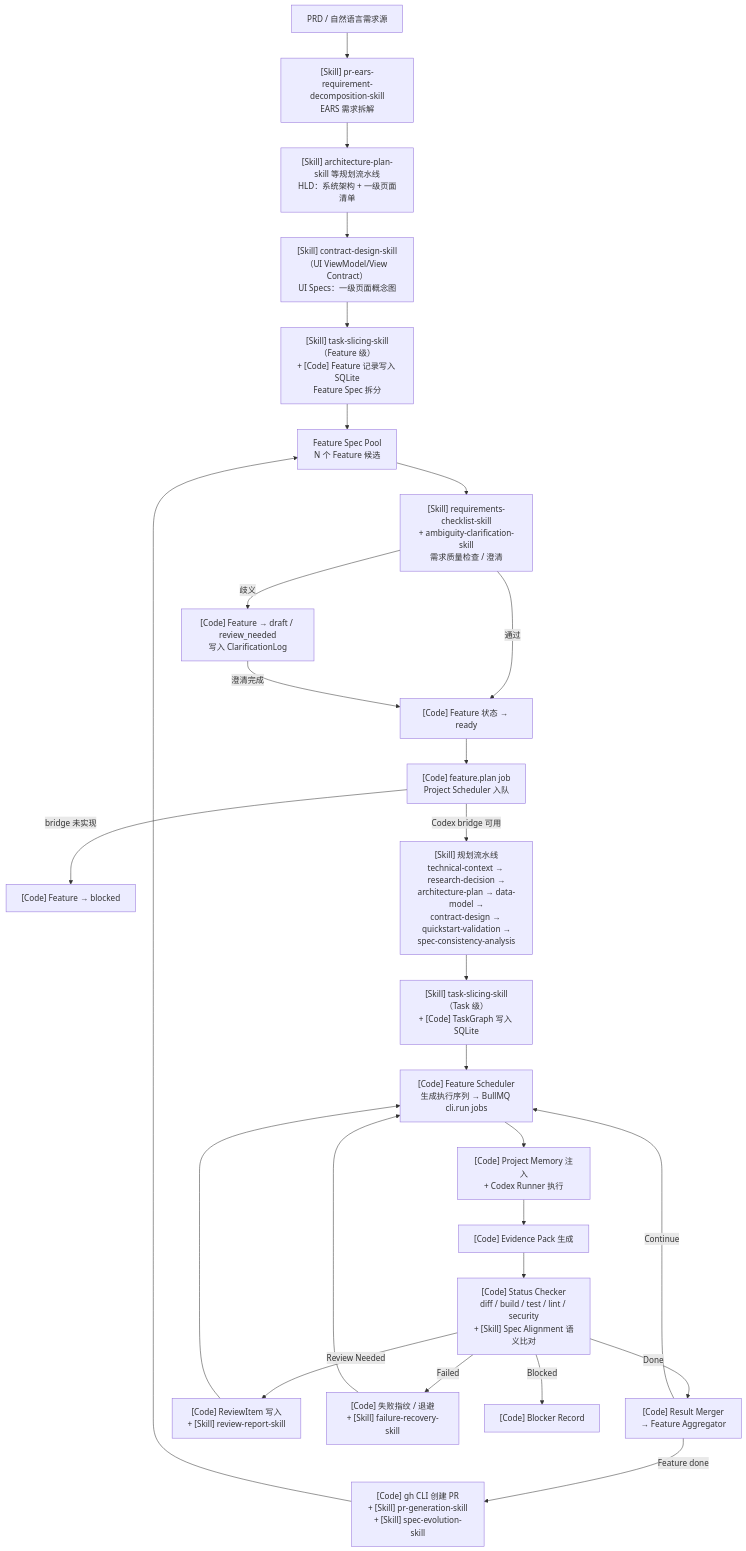
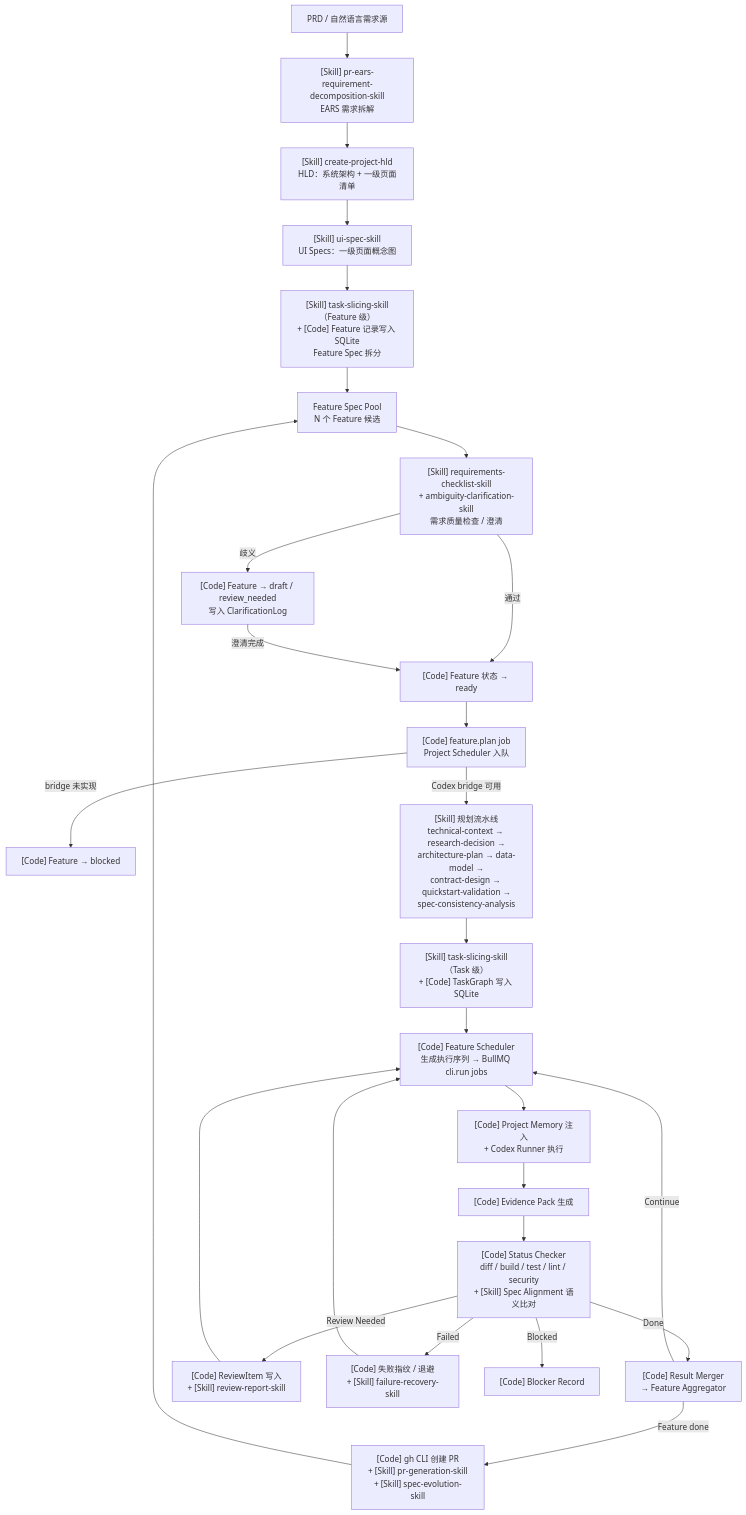
The fifth of 6 diagrams in docs/zh-CN/hld.md (songcojp/Spec-Driven-Autonomous-Coding-System), drawn with Mermaid before and after one commit. The commit also changed other lines of this file and 7 other files, not shown here.

Commit message:
fix(console): route HLD generation to project skill

````diff
--- a/docs/zh-CN/hld.md
+++ b/docs/zh-CN/hld.md
@@ -563,29 +563,29 @@
 ```mermaid
 flowchart TD
   PRD[PRD / 自然语言需求源] --> EARS["[Skill] pr-ears-requirement-decomposition-skill\nEARS 需求拆解"]
-  EARS --> HLD["[Skill] architecture-plan-skill 等规划流水线\nHLD：系统架构 + 一级页面清单"]
-  HLD --> UISpec["[Skill] contract-design-skill（UI ViewModel/View Contract）\nUI Specs：一级页面概念图"]
+  EARS --> HLD["[Skill] create-project-hld\nHLD：系统架构 + 一级页面清单"]
+  HLD --> UISpec["[Skill] ui-spec-skill\nUI Specs：一级页面概念图"]
   UISpec --> Split["[Skill] task-slicing-skill（Feature 级）\n+ [Code] Feature 记录写入 SQLite\nFeature Spec 拆分"]
   Split --> Pool[Feature Spec Pool\nN 个 Feature 候选]
   Pool --> Checklist["[Skill] requirements-checklist-skill\n+ ambiguity-clarification-skill\n需求质量检查 / 澄清"]
   Checklist -->|通过| Ready["[Code] Feature 状态 → ready"]
   Checklist -->|歧义| Draft["[Code] Feature → draft / review_needed\n写入 ClarificationLog"]
   Draft -->|澄清完成| Ready
   Ready --> PlanJob["[Code] feature.plan job\nProject Scheduler 入队"]
   PlanJob -->|bridge 未实现| BlockedPlan["[Code] Feature → blocked"]
   PlanJob -->|Codex bridge 可用| Pipeline["[Skill] 规划流水线\ntechnical-context → research-decision →\narchitecture-plan → data-model →\ncontract-design → quickstart-validation →\nspec-consistency-analysis"]
   Pipeline --> TaskSlice["[Skill] task-slicing-skill（Task 级）\n+ [Code] TaskGraph 写入 SQLite"]
   TaskSlice --> Seq["[Code] Feature Scheduler\n生成执行序列 → BullMQ cli.run jobs"]
   Seq --> MemInject["[Code] Project Memory 注入\n+ Codex Runner 执行"]
   MemInject --> Evidence["[Code] Evidence Pack 生成"]
   Evidence --> StatusCheck["[Code] Status Checker\ndiff / build / test / lint / security\n+ [Skill] Spec Alignment 语义比对"]
   StatusCheck -->|Done| Merge["[Code] Result Merger\n→ Feature Aggregator"]
   StatusCheck -->|Review Needed| ReviewC["[Code] ReviewItem 写入\n+ [Skill] review-report-skill"]
   StatusCheck -->|Failed| Recover["[Code] 失败指纹 / 退避\n+ [Skill] failure-recovery-skill"]
   StatusCheck -->|Blocked| BlockedTask["[Code] Blocker Record"]
   ReviewC --> Seq
   Recover --> Seq
   Merge -->|Feature done| Delivery["[Code] gh CLI 创建 PR\n+ [Skill] pr-generation-skill\n+ [Skill] spec-evolution-skill"]
   Merge -->|Continue| Seq
   Delivery --> Pool
 ```
````
